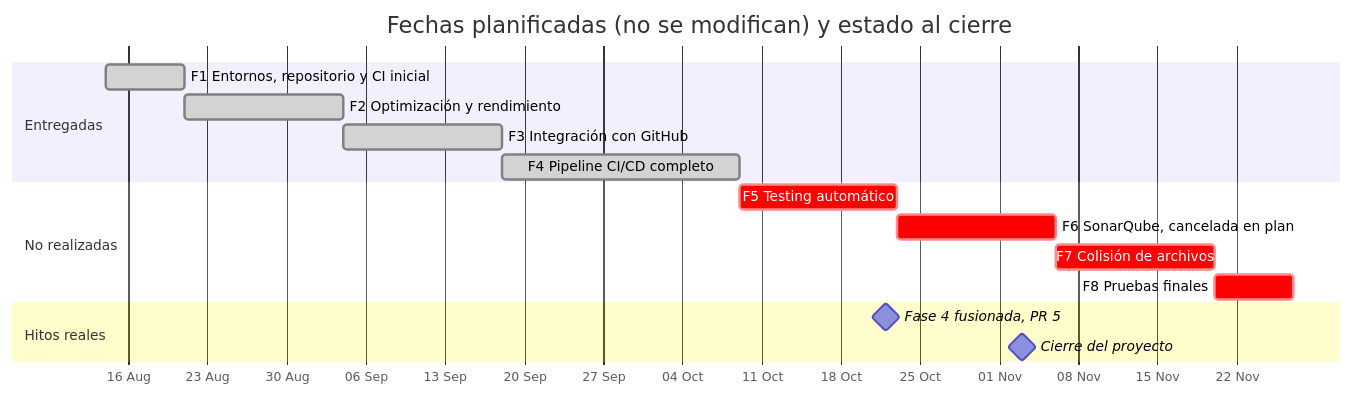
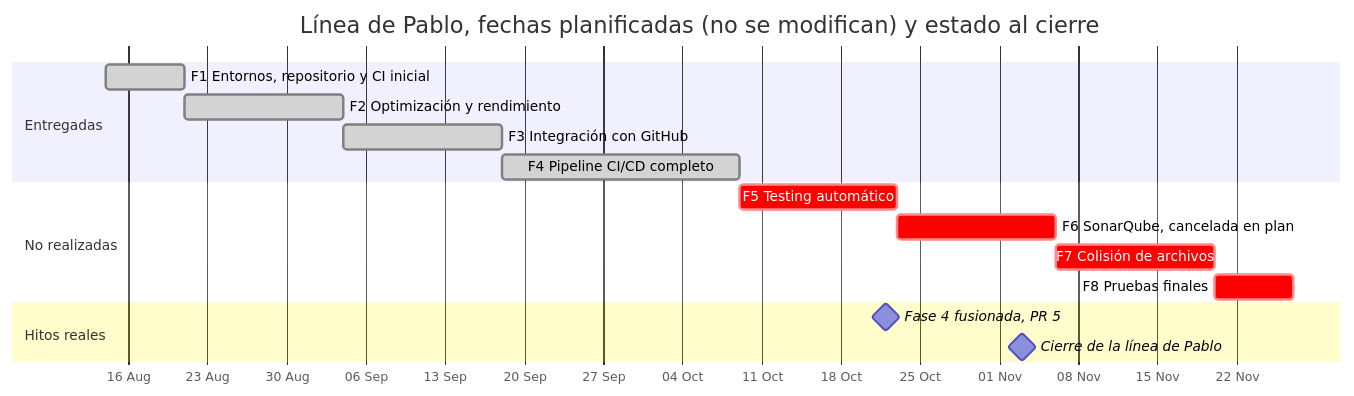
Before and after one commit to PabloP150/proyecto-is-cc6: the first of 2 diagrams in documentacion/01-proyecto/calendarizacion.md, drawn with Mermaid. The commit also changed other lines of this file and 204 other files, not shown here.

First line of the commit message:
docs: update all documentation, diagrams and PNGs to the test/e2e state

````diff
--- a/documentacion/01-proyecto/calendarizacion.md
+++ b/documentacion/01-proyecto/calendarizacion.md
@@ -5,19 +5,19 @@
 ```mermaid
 gantt
-    title Fechas planificadas (no se modifican) y estado al cierre
+    title Línea de Pablo, fechas planificadas (no se modifican) y estado al cierre
     dateFormat YYYY-MM-DD
     axisFormat %d %b
     section Entregadas
     F1 Entornos, repositorio y CI inicial :done, f1, 2026-08-14, 2026-08-21
     F2 Optimización y rendimiento :done, f2, 2026-08-21, 2026-09-04
     F3 Integración con GitHub :done, f3, 2026-09-04, 2026-09-18
     F4 Pipeline CI/CD completo :done, f4, 2026-09-18, 2026-10-09
     section No realizadas
     F5 Testing automático :crit, f5, 2026-10-09, 2026-10-23
     F6 SonarQube, cancelada en plan :crit, f6, 2026-10-23, 2026-11-06
     F7 Colisión de archivos :crit, f7, 2026-11-06, 2026-11-20
     F8 Pruebas finales :crit, f8, 2026-11-20, 2026-11-27
     section Hitos reales
     Fase 4 fusionada, PR 5 :milestone, m1, 2026-10-22, 0d
-    Cierre del proyecto :milestone, m2, 2026-11-03, 0d
+    Cierre de la línea de Pablo :milestone, m2, 2026-11-03, 0d
 ```
````
